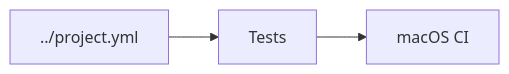
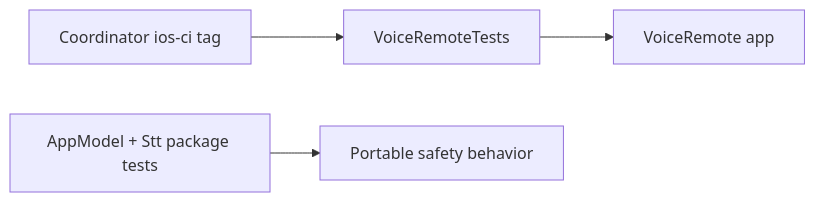
Before and after one commit to Harwasch/voiceremote: the diagram in SW/ios/Tests/README.md, drawn with Mermaid. The commit also changed other lines of this file and 45 other files, not shown here.

Commit message:
SW: iPhone app screens, audio and remote link

````diff
--- a/SW/ios/Tests/README.md
+++ b/SW/ios/Tests/README.md
@@ -1,5 +1,5 @@
 ```mermaid
 flowchart LR
-  Spec[../project.yml] --> Component[Tests]
-  Component --> CI[macOS CI]
+  macOS[Coordinator ios-ci tag] --> Hosted[VoiceRemoteTests] --> App[VoiceRemote app]
+  Linux[AppModel + Stt package tests] --> Logic[Portable safety behavior]
 ```
````
